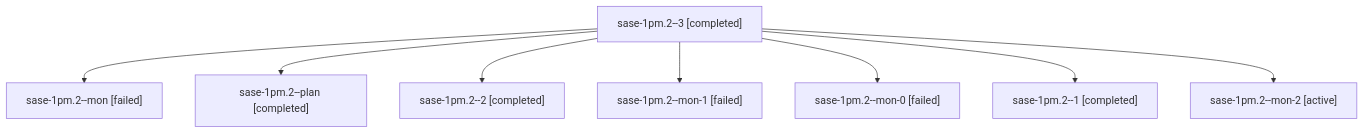
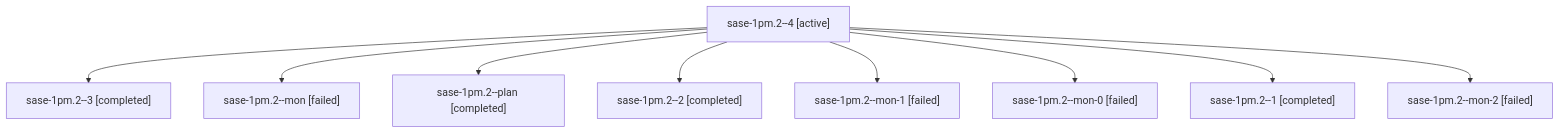
Before and after one commit to sase-org/sase--agents: the diagram in sessions/bbugyi200.athena.sase-1pm.2.md, drawn with Mermaid. The commit also changed other lines of this file and 143 other files, not shown here.

````diff
--- a/sessions/bbugyi200.athena.sase-1pm.2.md
+++ b/sessions/bbugyi200.athena.sase-1pm.2.md
@@ -9,18 +9,20 @@
 ```mermaid
 flowchart TD
-  n0["sase-1pm.2--3 [completed]"]
-  n1["sase-1pm.2--mon [failed]"]
+  n0["sase-1pm.2--4 [active]"]
+  n1["sase-1pm.2--3 [completed]"]
   n0 --> n1
-  n2["sase-1pm.2--plan [completed]"]
+  n2["sase-1pm.2--mon [failed]"]
   n0 --> n2
-  n3["sase-1pm.2--2 [completed]"]
+  n3["sase-1pm.2--plan [completed]"]
   n0 --> n3
-  n4["sase-1pm.2--mon-1 [failed]"]
+  n4["sase-1pm.2--2 [completed]"]
   n0 --> n4
-  n5["sase-1pm.2--mon-0 [failed]"]
+  n5["sase-1pm.2--mon-1 [failed]"]
   n0 --> n5
-  n6["sase-1pm.2--1 [completed]"]
+  n6["sase-1pm.2--mon-0 [failed]"]
   n0 --> n6
-  n7["sase-1pm.2--mon-2 [active]"]
+  n7["sase-1pm.2--1 [completed]"]
   n0 --> n7
+  n8["sase-1pm.2--mon-2 [failed]"]
+  n0 --> n8
 ```
````
